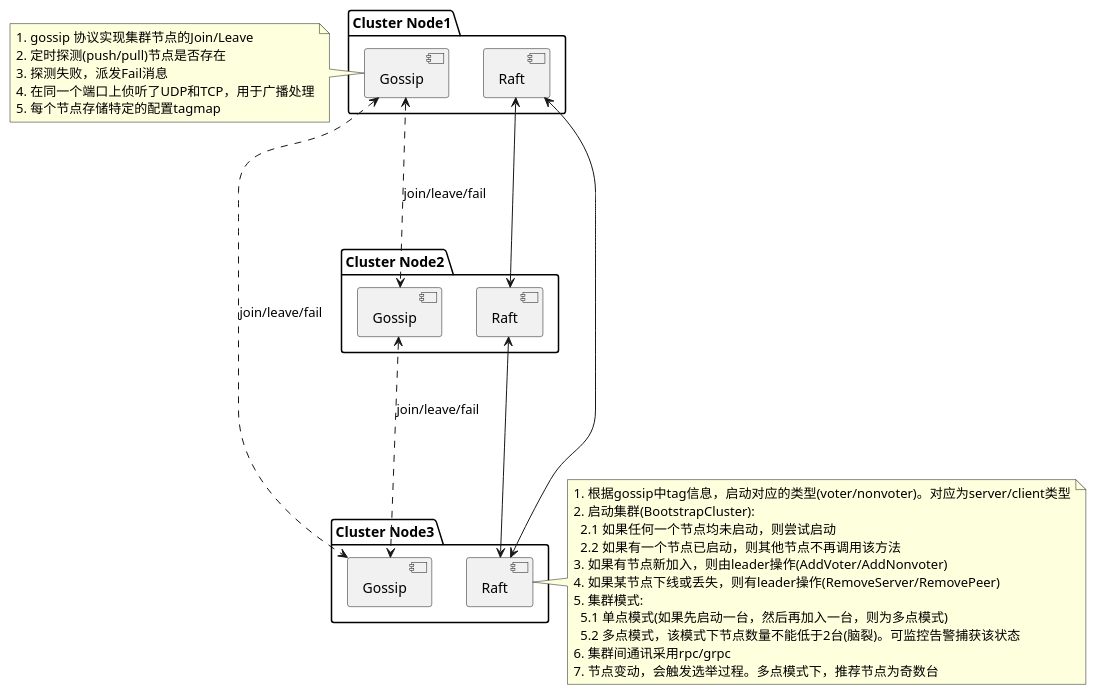
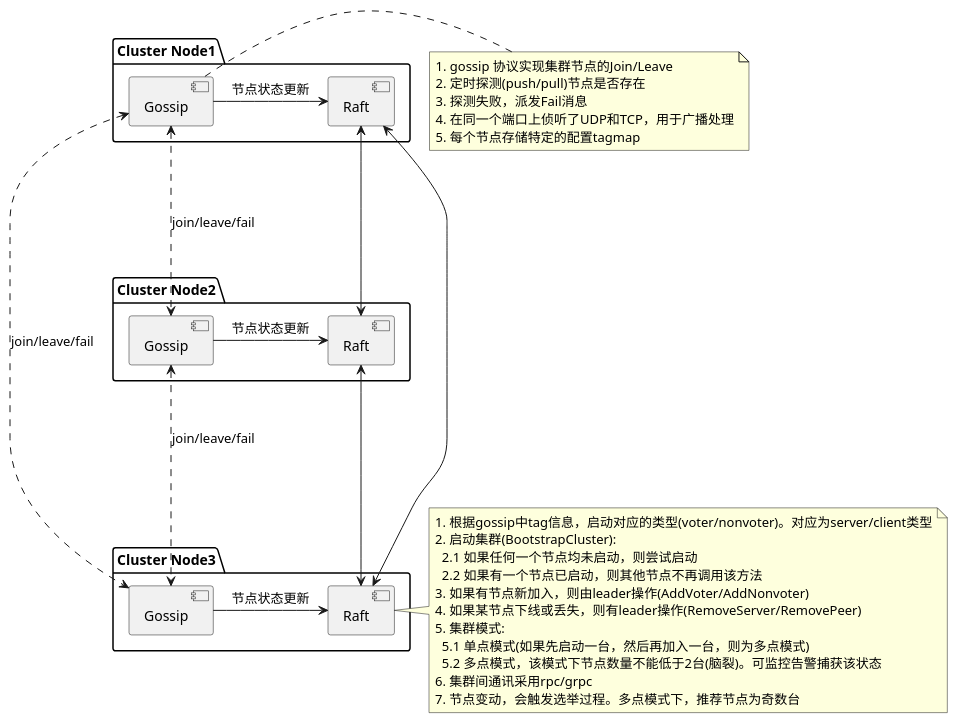
The diagram in uml/component.puml (generalzgd/cluster-plugin), drawn with PlantUML before and after one commit. The commit also changed 29 other files, not shown here.

Commit message:
use any in proto & fix log to split file & update for outter fsm & update uml

```diff
--- a/uml/component.puml
+++ b/uml/component.puml
@@ -1,49 +1,53 @@
 @startuml
 
 package "Cluster Node1" {
 [Gossip] as g1
 [Raft] as r1
 }
 
 package "Cluster Node2" {
 [Gossip] as g2
 [Raft] as r2
 }
 
 package "Cluster Node3" {
 [Gossip] as g3
 [Raft] as r3
 }
+
+g1 -> r1: 节点状态更新
+g2 -> r2: 节点状态更新
+g3 -> r3: 节点状态更新
 
 g1 <...> g2: join/leave/fail
 g2 <...> g3: join/leave/fail
 g1 <...> g3: join/leave/fail
 
 note left of g1
 1. gossip 协议实现集群节点的Join/Leave
 2. 定时探测(push/pull)节点是否存在
 3. 探测失败，派发Fail消息
 4. 在同一个端口上侦听了UDP和TCP，用于广播处理
 5. 每个节点存储特定的配置tagmap
 end note
 
 r1 <--> r2
 r2 <--> r3
 r1 <--> r3
 
 note right of r3
 1. 根据gossip中tag信息，启动对应的类型(voter/nonvoter)。对应为server/client类型
 2. 启动集群(BootstrapCluster):
   2.1 如果任何一个节点均未启动，则尝试启动
   2.2 如果有一个节点已启动，则其他节点不再调用该方法
 3. 如果有节点新加入，则由leader操作(AddVoter/AddNonvoter)
 4. 如果某节点下线或丢失，则有leader操作(RemoveServer/RemovePeer)
 5. 集群模式:
   5.1 单点模式(如果先启动一台，然后再加入一台，则为多点模式)
   5.2 多点模式，该模式下节点数量不能低于2台(脑裂)。可监控告警捕获该状态
 6. 集群间通讯采用rpc/grpc
 7. 节点变动，会触发选举过程。多点模式下，推荐节点为奇数台
 end note
 
 
 @enduml
```
